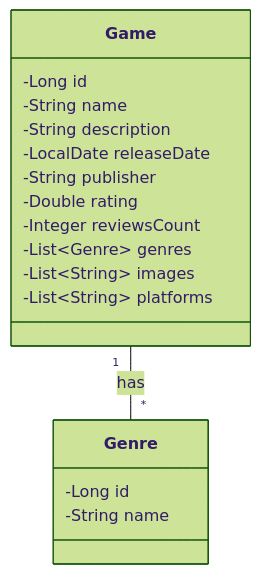
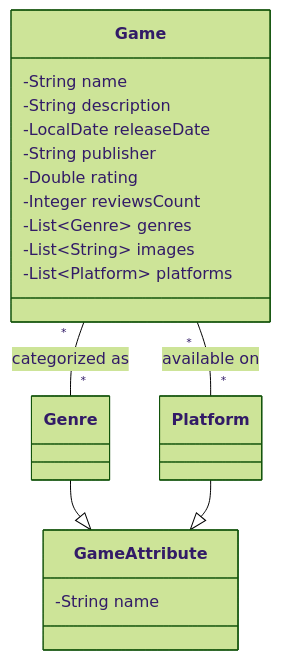
One commit to ApenasOLinco/avanade-2025-games-api changed the diagram in README.md. Above: the diagram before and after it, drawn with Mermaid (forest theme).

````diff
--- a/README.md
+++ b/README.md
@@ -5,22 +5,30 @@
 ``` mermaid
 classDiagram
     class Game {
-        -Long id
         -String name
         -String description
         -LocalDate releaseDate
         -String publisher
         -Double rating
         -Integer reviewsCount
         -List~Genre~ genres
         -List~String~ images
-        -List~String~ platforms
+        -List~Platform~ platforms
     }
 
     class Genre {
-        -Long id
+    }
+
+    class Platform {
+    }
+
+    class GameAttribute {
         -String name
     }
 
-    Game "1" -- "*" Genre : has
+    Game "*" -- "*" Genre : categorized as
+    Game "*" -- "*" Platform : available on
+
+    Genre --|> GameAttribute
+    Platform --|> GameAttribute
 ```
````
